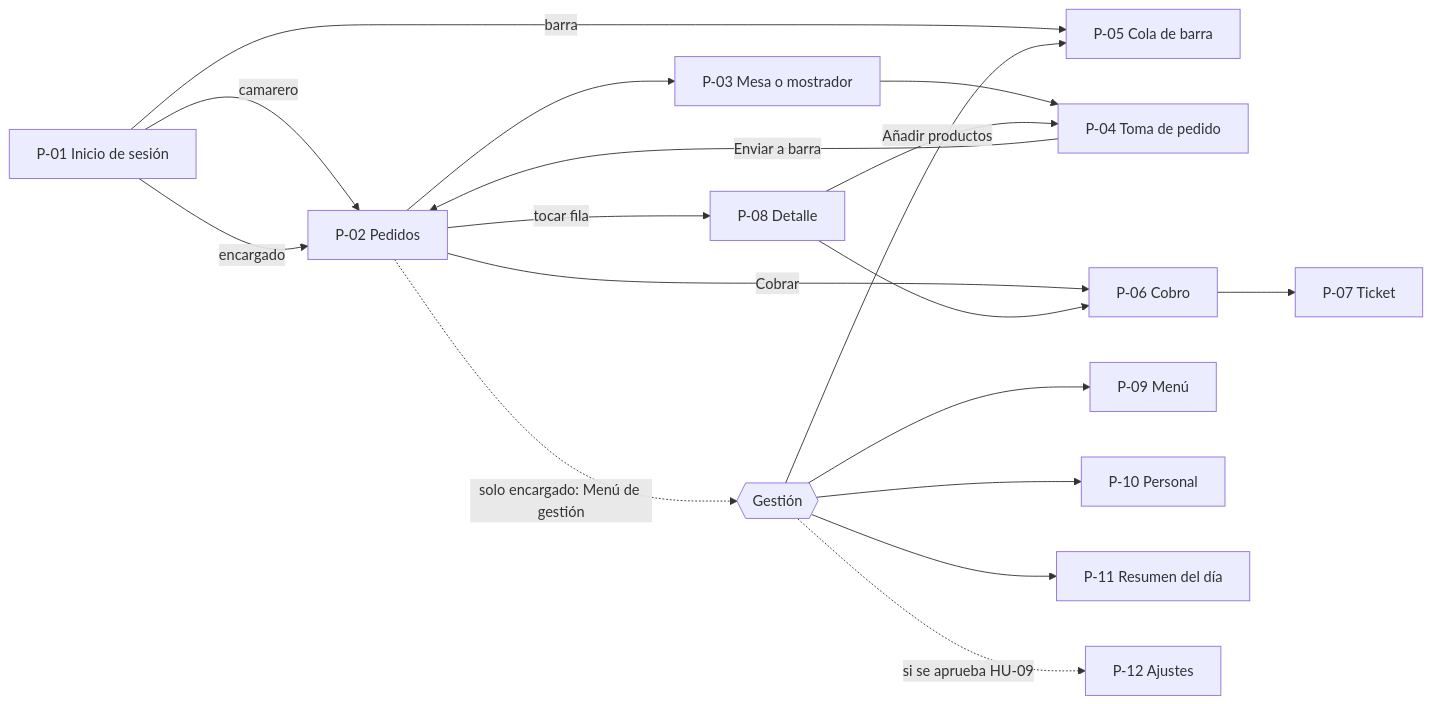
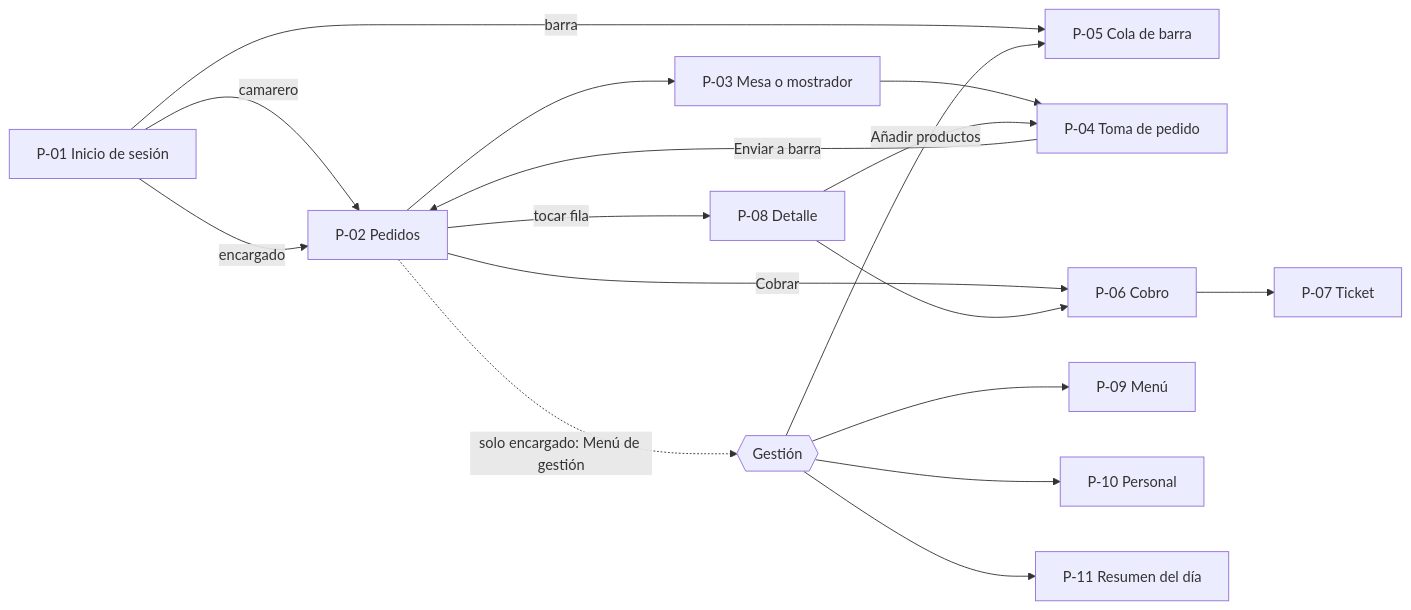
The first of 7 diagrams in docs/ux/flujos.md (Pablo592/testing-ia), drawn with Mermaid before and after one commit. The commit also changed other lines of this file and 12 other files, not shown here.

````diff
--- a/docs/ux/flujos.md
+++ b/docs/ux/flujos.md
@@ -29,17 +30,16 @@
 ```mermaid
 flowchart LR
   L[P-01 Inicio de sesión] -->|camarero| P[P-02 Pedidos]
   L -->|barra| C[P-05 Cola de barra]
   L -->|encargado| P
   P --> N[P-03 Mesa o mostrador] --> T[P-04 Toma de pedido]
   T -->|Enviar a barra| P
   P -->|Cobrar| CB[P-06 Cobro] --> TK[P-07 Ticket]
   P -->|tocar fila| D[P-08 Detalle] --> CB
   D -->|Añadir productos| T
   P -. solo encargado: Menú de gestión .-> G{{Gestión}}
   G --> M[P-09 Menú]
   G --> S[P-10 Personal]
   G --> R[P-11 Resumen del día]
-  G -. si se aprueba HU-09 .-> A[P-12 Ajustes]
   G --> C
 ```
````
